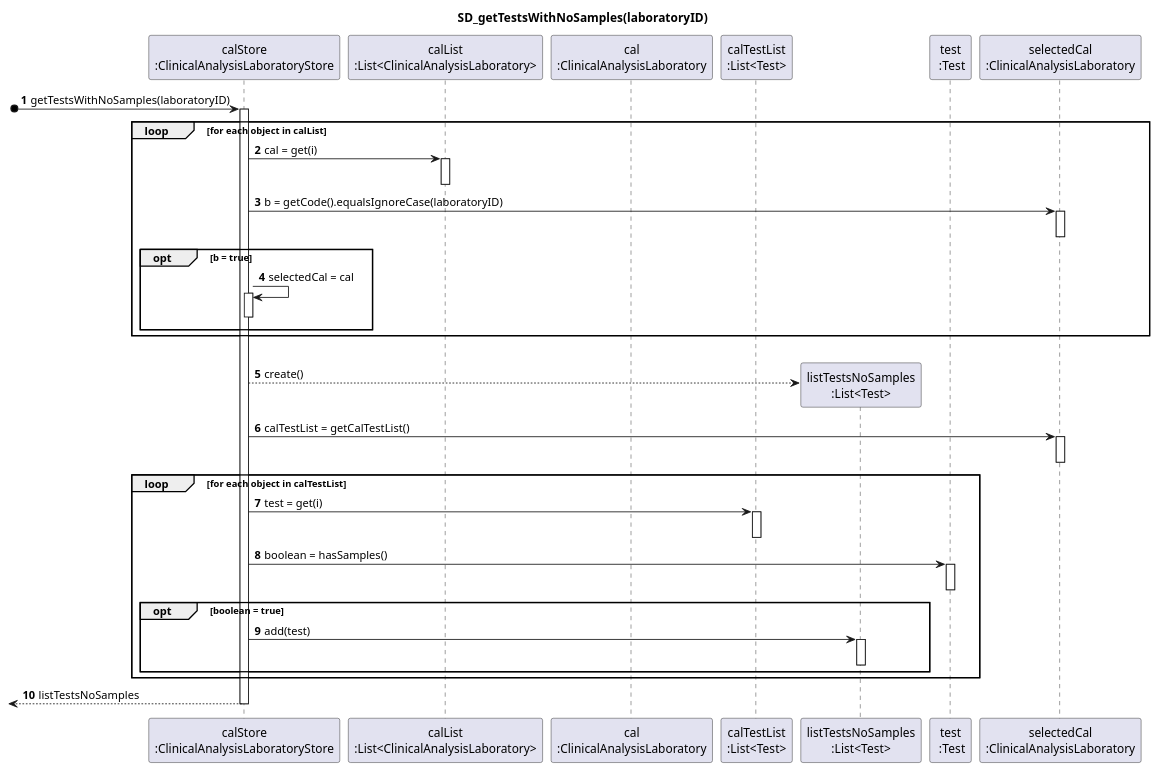
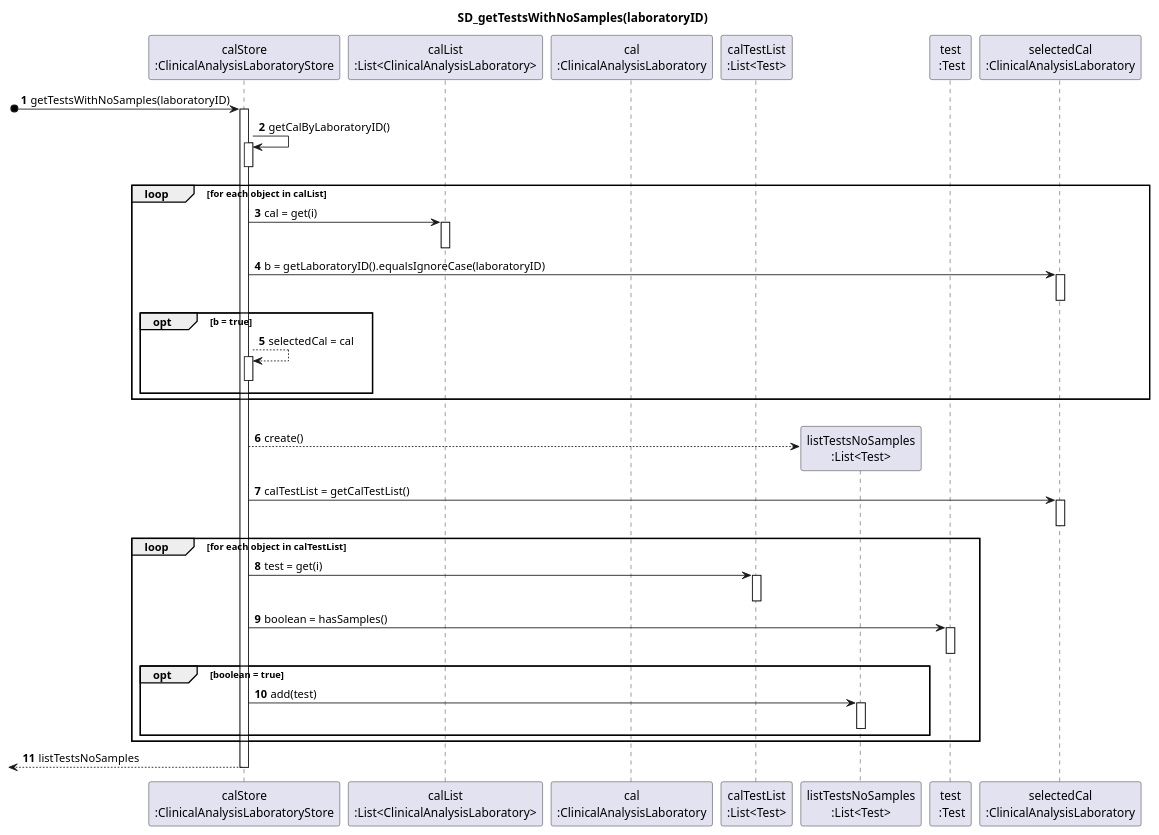
The diagram in docs/SprintC/US_5/(Corrected) SD_getTestsWithNoSamples(laboratoryCode).puml (ana-albergaria/LAPR2-ISEP), drawn with PlantUML before and after one commit. The commit also changed 2 other files, not shown here.

```diff
--- a/docs/SprintC/US_5/(Corrected) SD_getTestsWithNoSamples(laboratoryCode).puml
+++ b/docs/SprintC/US_5/(Corrected) SD_getTestsWithNoSamples(laboratoryCode).puml
@@ -1,68 +1,72 @@
 @startuml
 title SD_getTestsWithNoSamples(laboratoryID)
 
 autonumber
 
 participant "calStore\n:ClinicalAnalysisLaboratoryStore" as CAL_STORE
 participant "calList\n:List<ClinicalAnalysisLaboratory>" as CAL_LIST
 participant "cal\n:ClinicalAnalysisLaboratory" as CAL_OBJ
 participant "calTestList\n:List<Test>" as LIST
 participant "listTestsNoSamples\n:List<Test>" as LIST_NO_SAMPLES
 participant "test\n :Test" as TEST_OBJ
 participant "selectedCal\n:ClinicalAnalysisLaboratory" as CAL
 
 
 
 [o-> CAL_STORE : getTestsWithNoSamples(laboratoryID)
 activate CAL_STORE
 
+CAL_STORE -> CAL_STORE : getCalByLaboratoryID()
+activate CAL_STORE
+deactivate CAL_STORE
+
 loop for each object in calList
 CAL_STORE -> CAL_LIST : cal = get(i)
 activate CAL_LIST
 deactivate CAL_LIST
 
-CAL_STORE -> CAL : b = getCode().equalsIgnoreCase(laboratoryID)
+CAL_STORE -> CAL : b = getLaboratoryID().equalsIgnoreCase(laboratoryID)
 activate CAL
 deactivate CAL
 
 opt b = true
-CAL_STORE -> CAL_STORE : selectedCal = cal
+CAL_STORE --> CAL_STORE : selectedCal = cal
 activate CAL_STORE
 deactivate CAL_STORE
 end
 
 
 end
 |||
 CAL_STORE --> LIST_NO_SAMPLES** : create()
 
 CAL_STORE -> CAL : calTestList = getCalTestList()
 activate CAL
 deactivate CAL
 
 loop for each object in calTestList
 CAL_STORE -> LIST : test = get(i)
 activate LIST
 deactivate LIST
 
 CAL_STORE -> TEST_OBJ : boolean = hasSamples()
 activate TEST_OBJ
 deactivate TEST_OBJ
 
 opt boolean = true
 
 
 CAL_STORE -> LIST_NO_SAMPLES : add(test)
 activate LIST_NO_SAMPLES
 deactivate LIST_NO_SAMPLES
 
 end
 end
 
 
 [<-- CAL_STORE : listTestsNoSamples
 deactivate CAL_STORE
 
 
 
 @enduml
```
